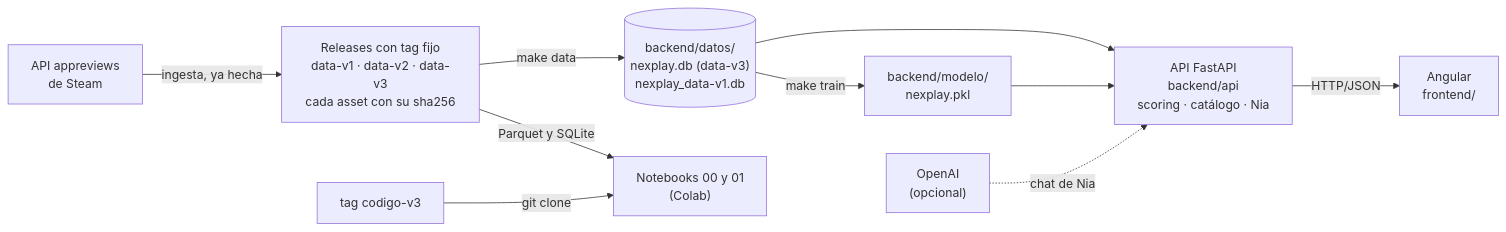
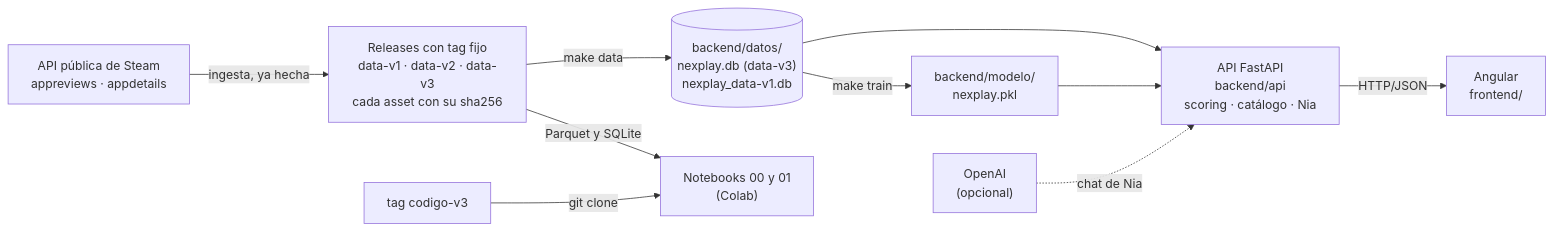
The first of 2 diagrams in README.md (fernandoaxelramirezgomez-coder/nexplay), drawn with Mermaid before and after one commit. The commit also changed other lines of this file and 9 other files, not shown here.

````diff
--- a/README.md
+++ b/README.md
@@ -50,12 +55,12 @@
 ```mermaid
 flowchart LR
-    steam["API appreviews<br/>de Steam"] -->|ingesta, ya hecha| releases["Releases con tag fijo<br/>data-v1 · data-v2 · data-v3<br/>cada asset con su sha256"]
+    steam["API pública de Steam<br/>appreviews · appdetails"] -->|ingesta, ya hecha| releases["Releases con tag fijo<br/>data-v1 · data-v2 · data-v3<br/>cada asset con su sha256"]
     releases -->|make data| datos[("backend/datos/<br/>nexplay.db (data-v3)<br/>nexplay_data-v1.db")]
     datos -->|make train| modelo["backend/modelo/<br/>nexplay.pkl"]
     datos --> api["API FastAPI<br/>backend/api<br/>scoring · catálogo · Nia"]
     modelo --> api
     openai["OpenAI<br/>(opcional)"] -.->|chat de Nia| api
     api -->|HTTP/JSON| web["Angular<br/>frontend/"]
     releases -->|Parquet y SQLite| nb["Notebooks 00 y 01<br/>(Colab)"]
     tag["tag codigo-v3"] -->|git clone| nb
 ```
````
